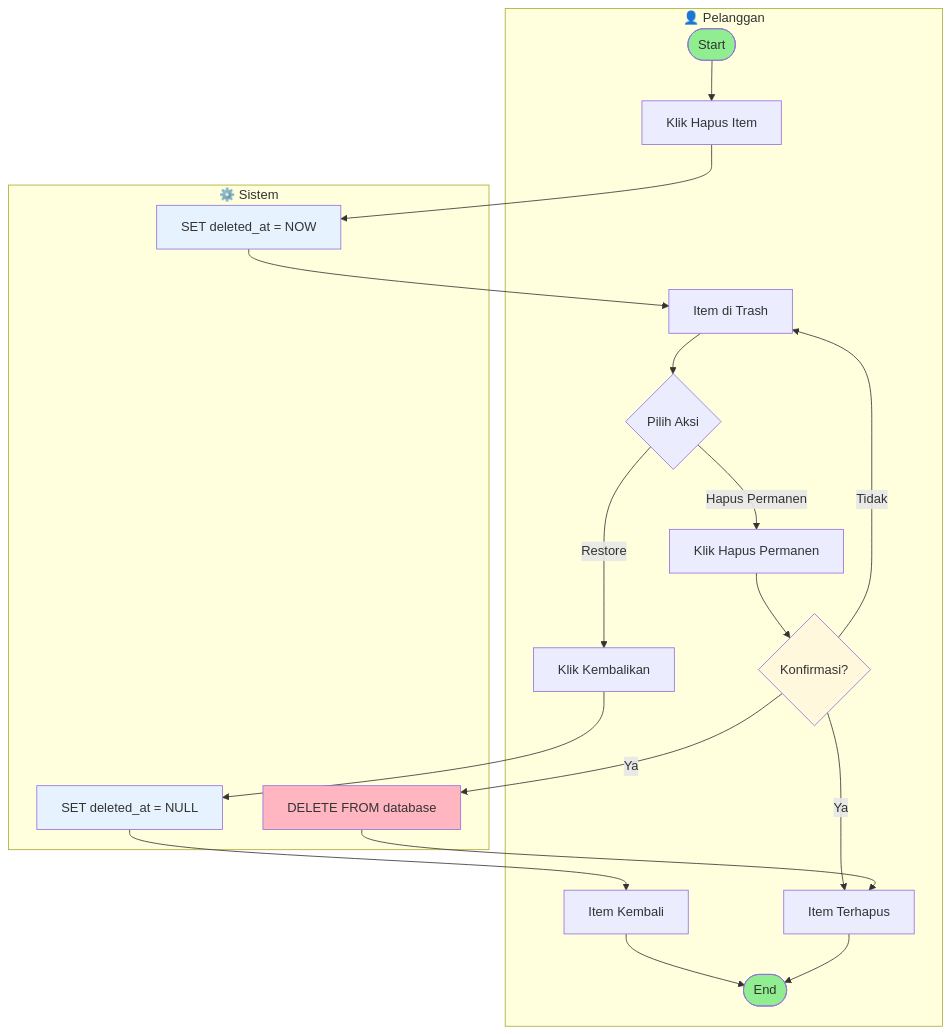
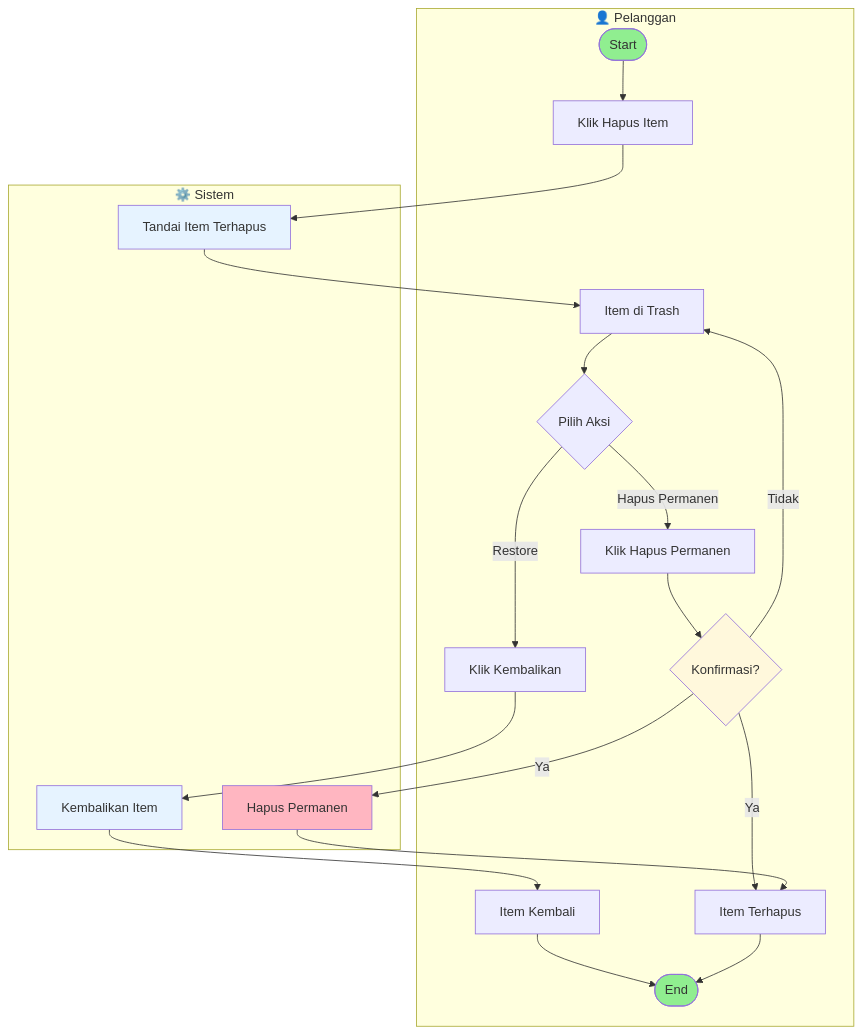
The fifth of 8 diagrams in ACTIVITY_DIAGRAMS.md (FarhanEfendi21/FlowDay), drawn with Mermaid before and after one commit. The commit also changed other lines of this file, not shown here.

````diff
--- a/ACTIVITY_DIAGRAMS.md
+++ b/ACTIVITY_DIAGRAMS.md
@@ -180,34 +180,34 @@
 ```mermaid
 graph TD
     subgraph User["👤 Pelanggan"]
         A([Start]) --> B[Klik Hapus Item]
         C[Item di Trash] --> D{Pilih Aksi}
         D -->|Restore| E[Klik Kembalikan]
         D -->|Hapus Permanen| F[Klik Hapus Permanen]
         F --> G{Konfirmasi?}
         G -->|Tidak| C
         G -->|Ya| H[Item Terhapus]
         I[Item Kembali] --> J([End])
         H --> J
     end
     
     subgraph System["⚙️ Sistem"]
-        K[SET deleted_at = NOW]
+        K[Tandai Item Terhapus]
         K --> C
-        L[SET deleted_at = NULL]
+        L[Kembalikan Item]
         L --> I
-        M[DELETE FROM database]
+        M[Hapus Permanen]
         M --> H
     end
     
     B --> K
     E --> L
     G -->|Ya| M
 
     style A fill:#90EE90
     style J fill:#90EE90
     style G fill:#FFF8DC
     style M fill:#FFB6C1
     style K fill:#E6F3FF
     style L fill:#E6F3FF
 ```
````
